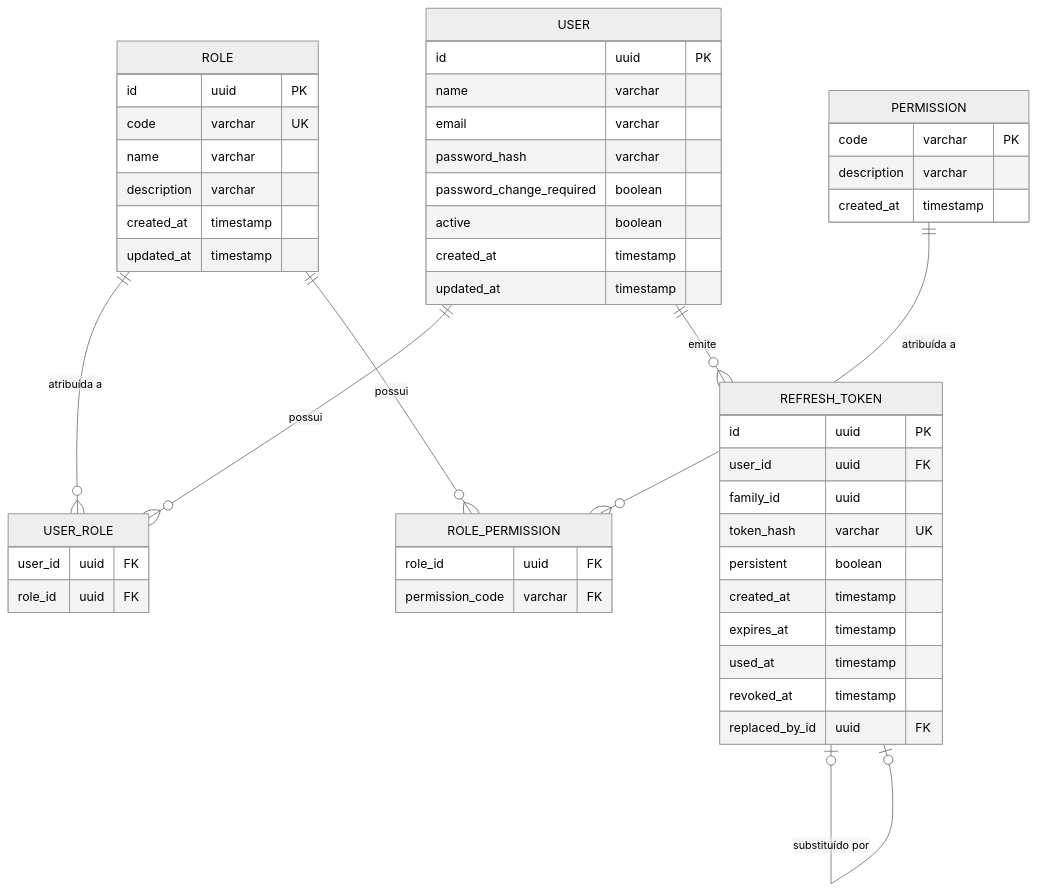
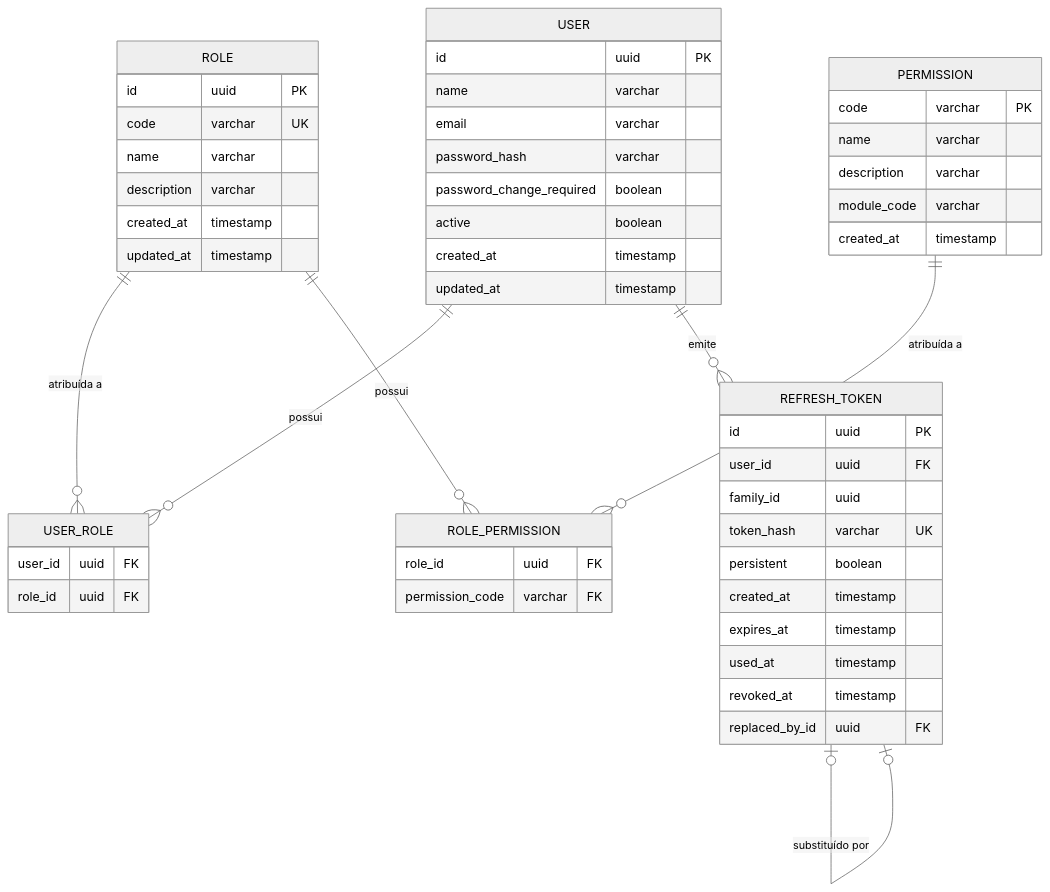
The diagram in specs/identity/architecture.md (lucas-freitas-tech/afc-erp-docs), drawn with Mermaid (neutral theme) before and after one commit. The commit also changed other lines of this file and 3 other files, not shown here.

````diff
--- a/specs/identity/architecture.md
+++ b/specs/identity/architecture.md
@@ -73,61 +75,63 @@
 ```mermaid
 erDiagram
 
     USER {
         id uuid PK
         name varchar
         email varchar
         password_hash varchar
         password_change_required boolean
         active boolean
         created_at timestamp
         updated_at timestamp
     }
 
     ROLE {
         id uuid PK
         code varchar UK
         name varchar
         description varchar
         created_at timestamp
         updated_at timestamp
     }
 
     PERMISSION {
         code varchar PK
+        name varchar
         description varchar
+        module_code varchar
         created_at timestamp
     }
 
     USER_ROLE {
         user_id uuid FK
         role_id uuid FK
     }
 
     ROLE_PERMISSION {
         role_id uuid FK
         permission_code varchar FK
     }
 
     REFRESH_TOKEN {
         id uuid PK
         user_id uuid FK
         family_id uuid
         token_hash varchar UK
         persistent boolean
         created_at timestamp
         expires_at timestamp
         used_at timestamp
         revoked_at timestamp
         replaced_by_id uuid FK
     }
 
     USER ||--o{ USER_ROLE : "possui"
     ROLE ||--o{ USER_ROLE : "atribuída a"
 
     ROLE ||--o{ ROLE_PERMISSION : "possui"
     PERMISSION ||--o{ ROLE_PERMISSION : "atribuída a"
 
     USER ||--o{ REFRESH_TOKEN : "emite"
     REFRESH_TOKEN |o--o| REFRESH_TOKEN : "substituído por"
 ```
````
